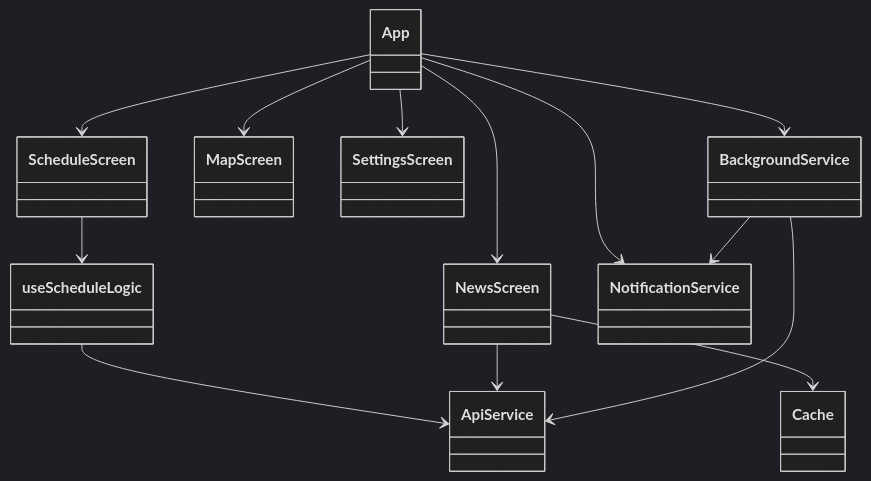
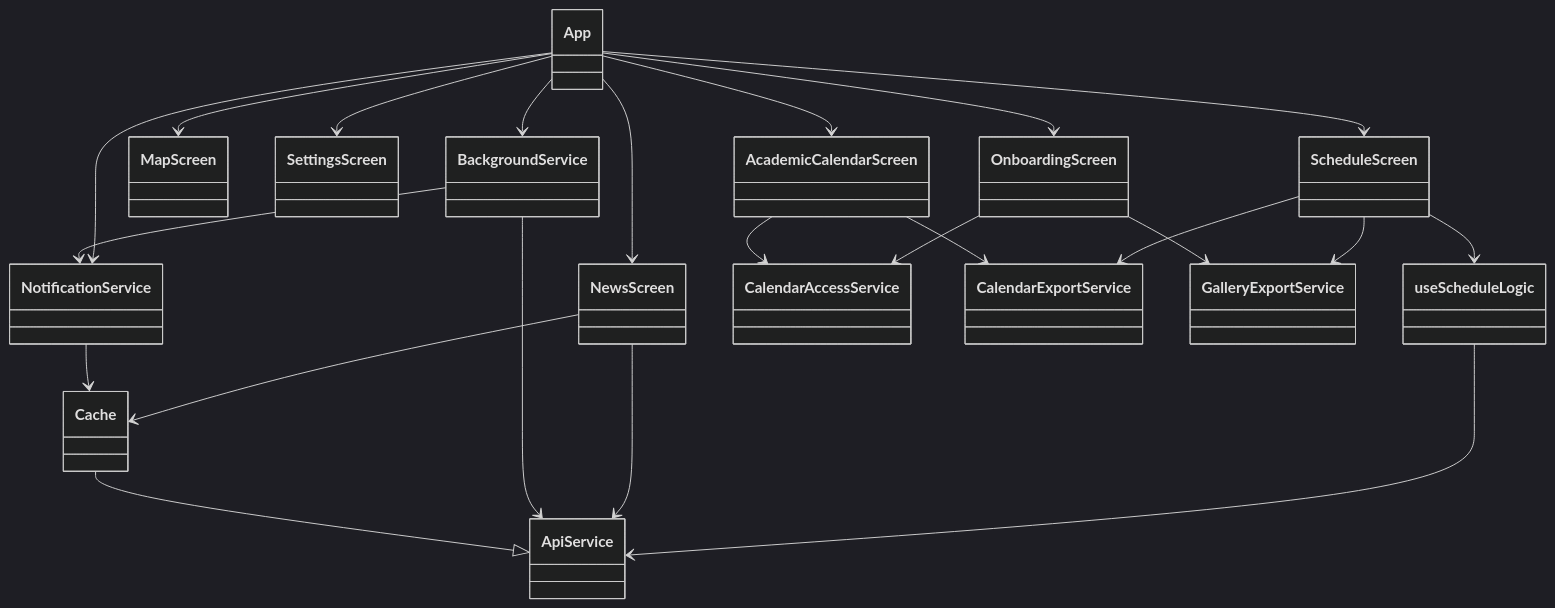
The fifth of 5 diagrams in docs/diagrams.md (PRO100BYTE/MyKHSU), drawn with Mermaid (dark theme) before and after one commit. The commit also changed other lines of this file and 34 other files, not shown here.

````diff
--- a/docs/diagrams.md
+++ b/docs/diagrams.md
@@ -130,26 +162,50 @@
 ```mermaid
 classDiagram
     class App
     class ScheduleScreen
     class NewsScreen
     class MapScreen
     class SettingsScreen
+    class OnboardingScreen
+    class AcademicCalendarScreen
     class useScheduleLogic
     class ApiService
     class NotificationService
     class BackgroundService
+    class CalendarAccessService
+    class CalendarExportService
+    class GalleryExportService
     class Cache
 
     App --> ScheduleScreen
     App --> NewsScreen
     App --> MapScreen
     App --> SettingsScreen
+    App --> OnboardingScreen
+    App --> AcademicCalendarScreen
+
     ScheduleScreen --> useScheduleLogic
+    ScheduleScreen --> CalendarExportService
+    ScheduleScreen --> GalleryExportService
+
     useScheduleLogic --> ApiService
+
     NewsScreen --> ApiService
     NewsScreen --> Cache
+
+    OnboardingScreen --> GalleryExportService
+    OnboardingScreen --> CalendarAccessService
+
+    AcademicCalendarScreen --> CalendarAccessService
+    AcademicCalendarScreen --> CalendarExportService
+
     App --> NotificationService
     App --> BackgroundService
+
     BackgroundService --> ApiService
     BackgroundService --> NotificationService
+
+    NotificationService --> Cache
+
+    Cache --|> ApiService
 ```
````
